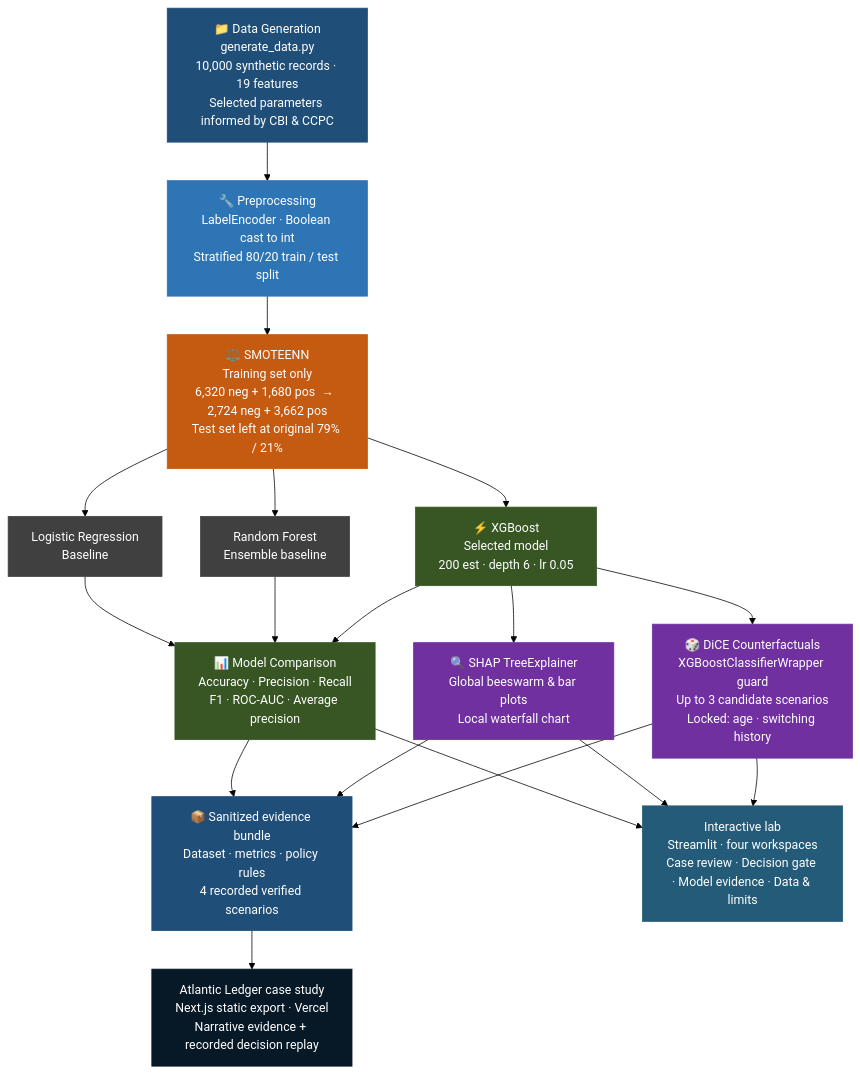
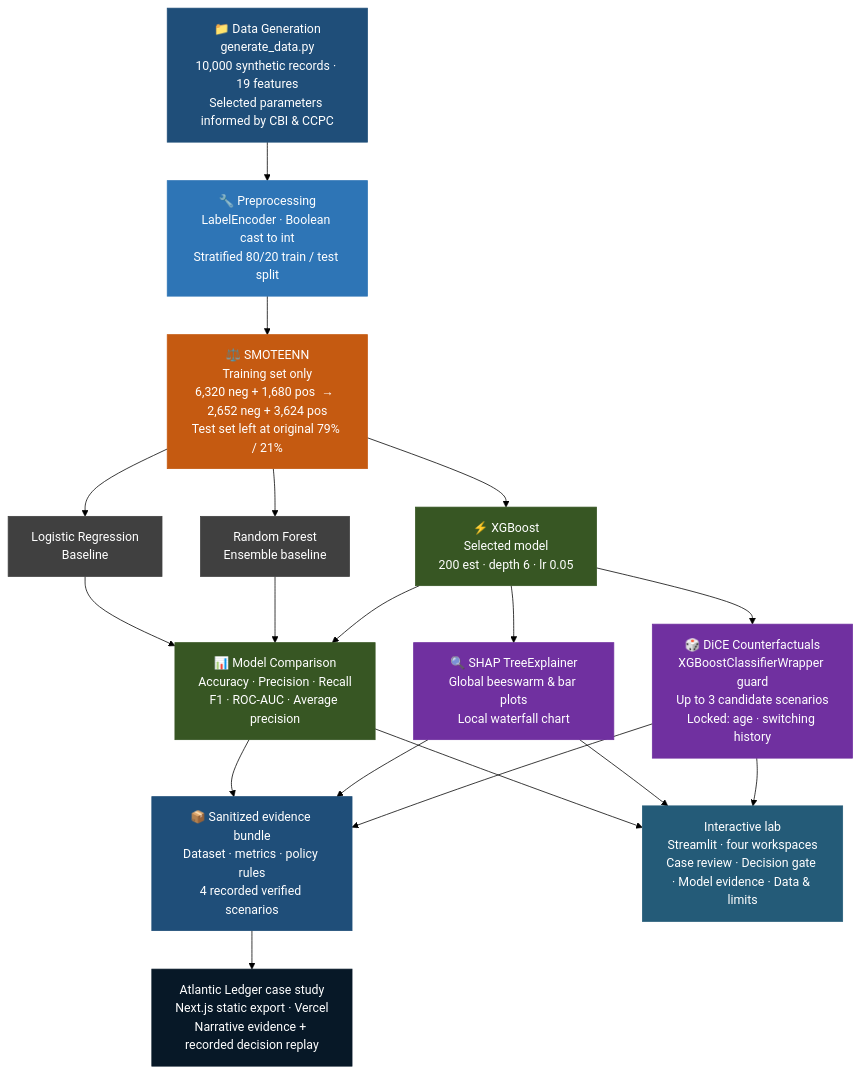
One commit to abinashprasana/irish-banking-churn changed the first of 2 diagrams in README.md. Above: the diagram before and after it, drawn with Mermaid (forest theme). The commit also changed other lines of this file and 16 other files, not shown here.

````diff
--- a/README.md
+++ b/README.md
@@ -80,36 +80,36 @@
 ```mermaid
 flowchart TD
     A["📁 Data Generation\ngenerate_data.py\n10,000 synthetic records · 19 features\nSelected parameters informed by CBI & CCPC"]
     B["🔧 Preprocessing\nLabelEncoder · Boolean cast to int\nStratified 80/20 train / test split"]
-    C["⚖️ SMOTEENN\nTraining set only\n6,320 neg + 1,680 pos  →  2,724 neg + 3,662 pos\nTest set left at original 79% / 21%"]
+    C["⚖️ SMOTEENN\nTraining set only\n6,320 neg + 1,680 pos  →  2,652 neg + 3,624 pos\nTest set left at original 79% / 21%"]
     D1["Logistic Regression\nBaseline"]
     D2["Random Forest\nEnsemble baseline"]
     D3["⚡ XGBoost\nSelected model\n200 est · depth 6 · lr 0.05"]
     E["📊 Model Comparison\nAccuracy · Precision · Recall\nF1 · ROC-AUC · Average precision"]
     F1["🔍 SHAP TreeExplainer\nGlobal beeswarm & bar plots\nLocal waterfall chart"]
     F2["🎲 DiCE Counterfactuals\nXGBoostClassifierWrapper guard\nUp to 3 candidate scenarios\nLocked: age · switching history"]
     H["📦 Sanitized evidence bundle\nDataset · metrics · policy rules\n4 recorded verified scenarios"]
     G["Atlantic Ledger case study\nNext.js static export · Vercel\nNarrative evidence + recorded decision replay"]
     I["Interactive lab\nStreamlit · four workspaces\nCase review · Decision gate · Model evidence · Data & limits"]
 
     A --> B --> C
     C --> D1 & D2 & D3
     D1 & D2 & D3 --> E
     D3 --> F1 & F2
     E & F1 & F2 --> H
     H --> G
     E & F1 & F2 --> I
 
     style A fill:#1f4e79,color:#ffffff,stroke:#1f4e79
     style B fill:#2e75b6,color:#ffffff,stroke:#2e75b6
     style C fill:#c55a11,color:#ffffff,stroke:#c55a11
     style D1 fill:#404040,color:#ffffff,stroke:#404040
     style D2 fill:#404040,color:#ffffff,stroke:#404040
     style D3 fill:#375623,color:#ffffff,stroke:#375623
     style E fill:#375623,color:#ffffff,stroke:#375623
     style F1 fill:#7030a0,color:#ffffff,stroke:#7030a0
     style F2 fill:#7030a0,color:#ffffff,stroke:#7030a0
     style H fill:#1f4e79,color:#ffffff,stroke:#1f4e79
     style G fill:#071827,color:#ffffff,stroke:#071827
     style I fill:#245b78,color:#ffffff,stroke:#245b78
 ```
````
